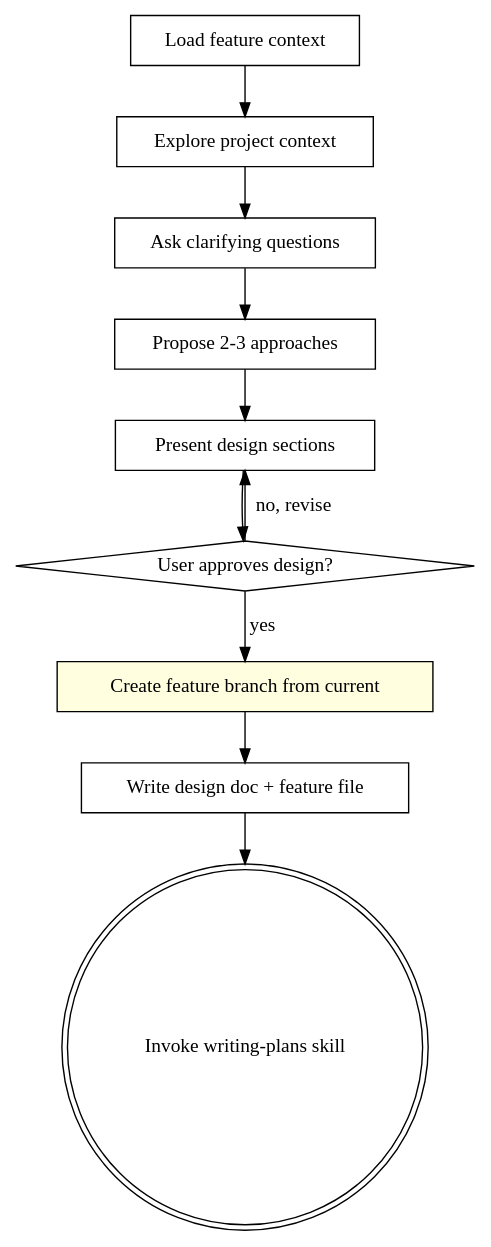
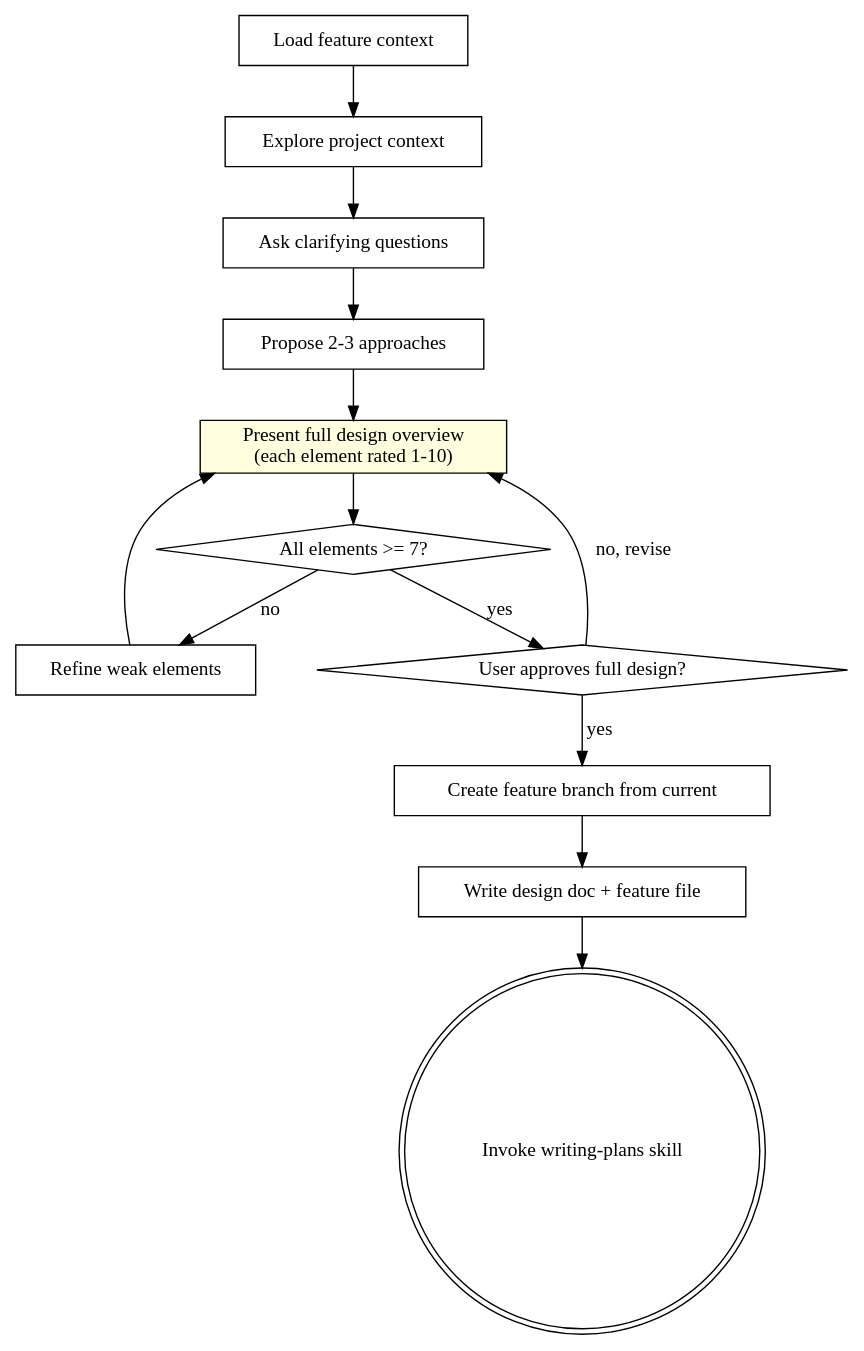
One commit to kulfix/rezavo-plugins changed the diagram in plugins/rrz/skills/brainstorming/SKILL.md. Above: the diagram before and after it, drawn with Graphviz. The commit also changed other lines of this file and 1 other file, not shown here.

First line of the commit message:
feat: brainstorming — add full design overview with 1-10 confidence ratings

````diff
--- a/plugins/rrz/skills/brainstorming/SKILL.md
+++ b/plugins/rrz/skills/brainstorming/SKILL.md
@@ -36,23 +37,28 @@
 ```dot
 digraph brainstorming {
     "Load feature context" [shape=box];
     "Explore project context" [shape=box];
     "Ask clarifying questions" [shape=box];
     "Propose 2-3 approaches" [shape=box];
-    "Present design sections" [shape=box];
-    "User approves design?" [shape=diamond];
-    "Create feature branch from current" [shape=box style=filled fillcolor=lightyellow];
+    "Present full design overview\n(each element rated 1-10)" [shape=box style=filled fillcolor=lightyellow];
+    "All elements >= 7?" [shape=diamond];
+    "Refine weak elements" [shape=box];
+    "User approves full design?" [shape=diamond];
+    "Create feature branch from current" [shape=box];
     "Write design doc + feature file" [shape=box];
     "Invoke writing-plans skill" [shape=doublecircle];
 
     "Load feature context" -> "Explore project context";
     "Explore project context" -> "Ask clarifying questions";
     "Ask clarifying questions" -> "Propose 2-3 approaches";
-    "Propose 2-3 approaches" -> "Present design sections";
-    "Present design sections" -> "User approves design?";
-    "User approves design?" -> "Present design sections" [label="no, revise"];
-    "User approves design?" -> "Create feature branch from current" [label="yes"];
+    "Propose 2-3 approaches" -> "Present full design overview\n(each element rated 1-10)";
+    "Present full design overview\n(each element rated 1-10)" -> "All elements >= 7?";
+    "All elements >= 7?" -> "User approves full design?" [label="yes"];
+    "All elements >= 7?" -> "Refine weak elements" [label="no"];
+    "Refine weak elements" -> "Present full design overview\n(each element rated 1-10)";
+    "User approves full design?" -> "Present full design overview\n(each element rated 1-10)" [label="no, revise"];
+    "User approves full design?" -> "Create feature branch from current" [label="yes"];
     "Create feature branch from current" -> "Write design doc + feature file";
     "Write design doc + feature file" -> "Invoke writing-plans skill";
 }
 ```
````
